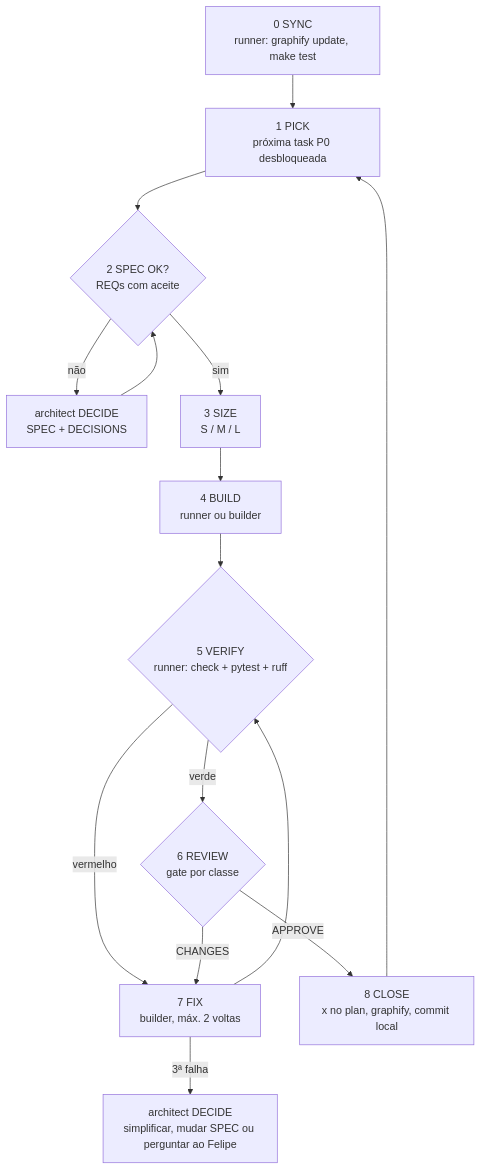
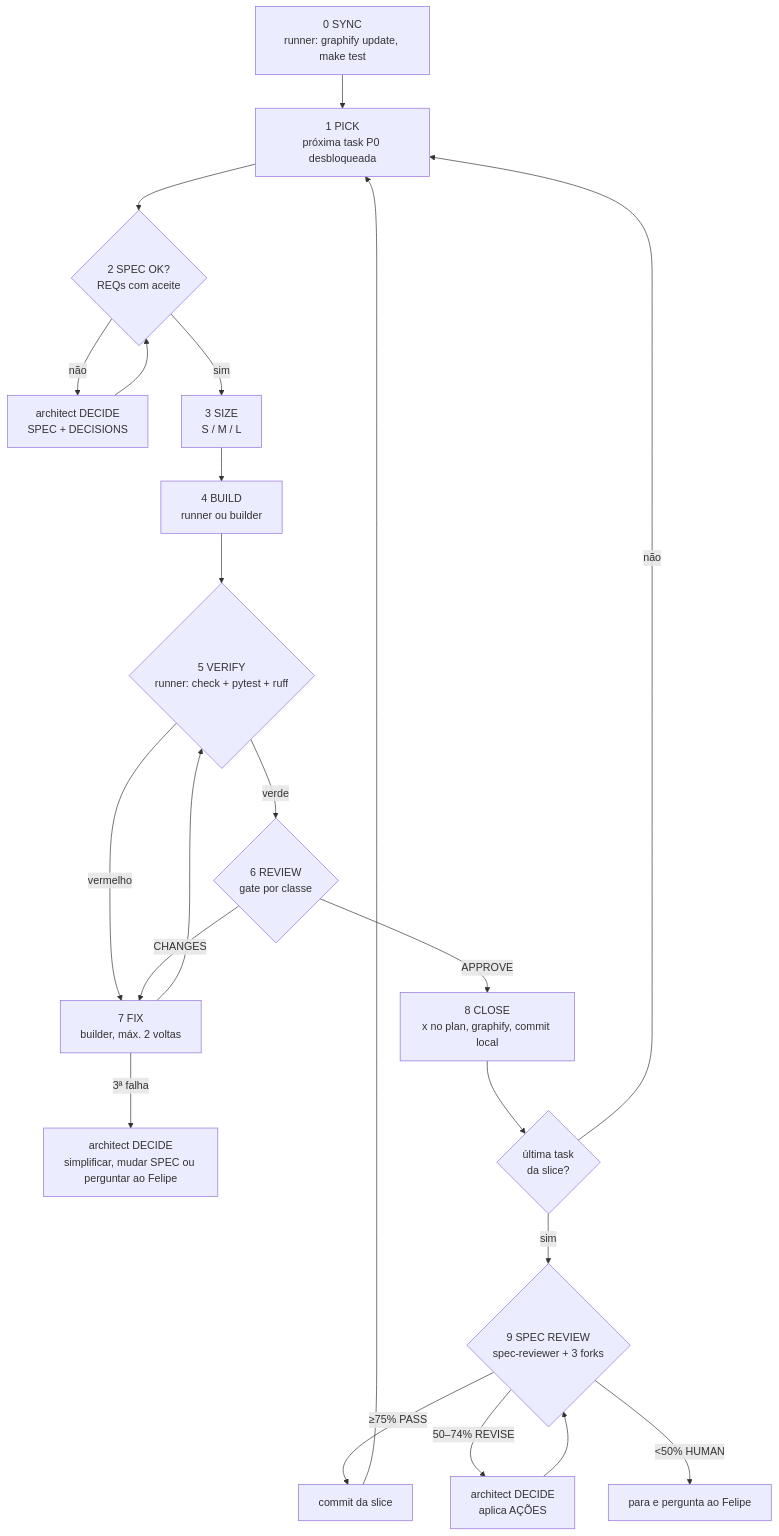
The diagram in docs/process/agent-loop.md (Felipebc2/TalentVisor), drawn with Mermaid before and after one commit. The commit also changed other lines of this file and 8 other files, not shown here.

First line of the commit message:
chore: add SPEC review gate and live ops dashboard

````diff
--- a/docs/process/agent-loop.md
+++ b/docs/process/agent-loop.md
@@ -41,16 +42,21 @@
 ```mermaid
 flowchart TD
   S0[0 SYNC<br/>runner: graphify update, make test] --> S1[1 PICK<br/>próxima task P0 desbloqueada]
   S1 --> S2{2 SPEC OK?<br/>REQs com aceite}
   S2 -- não --> D[architect DECIDE<br/>SPEC + DECISIONS] --> S2
   S2 -- sim --> S3[3 SIZE<br/>S / M / L]
   S3 --> S4[4 BUILD<br/>runner ou builder]
   S4 --> S5{5 VERIFY<br/>runner: check + pytest + ruff}
   S5 -- vermelho --> S7
   S5 -- verde --> S6{6 REVIEW<br/>gate por classe}
   S6 -- APPROVE --> S8[8 CLOSE<br/>x no plan, graphify, commit local]
   S6 -- CHANGES --> S7[7 FIX<br/>builder, máx. 2 voltas]
   S7 --> S5
   S7 -- 3ª falha --> E[architect DECIDE<br/>simplificar, mudar SPEC ou perguntar ao Felipe]
-  S8 --> S1
+  S8 --> L{última task<br/>da slice?}
+  L -- não --> S1
+  L -- sim --> R{9 SPEC REVIEW<br/>spec-reviewer + 3 forks}
+  R -- "≥75% PASS" --> C[commit da slice] --> S1
+  R -- "50–74% REVISE" --> A[architect DECIDE<br/>aplica AÇÕES] --> R
+  R -- "<50% HUMAN" --> H[para e pergunta ao Felipe]
 ```
````
